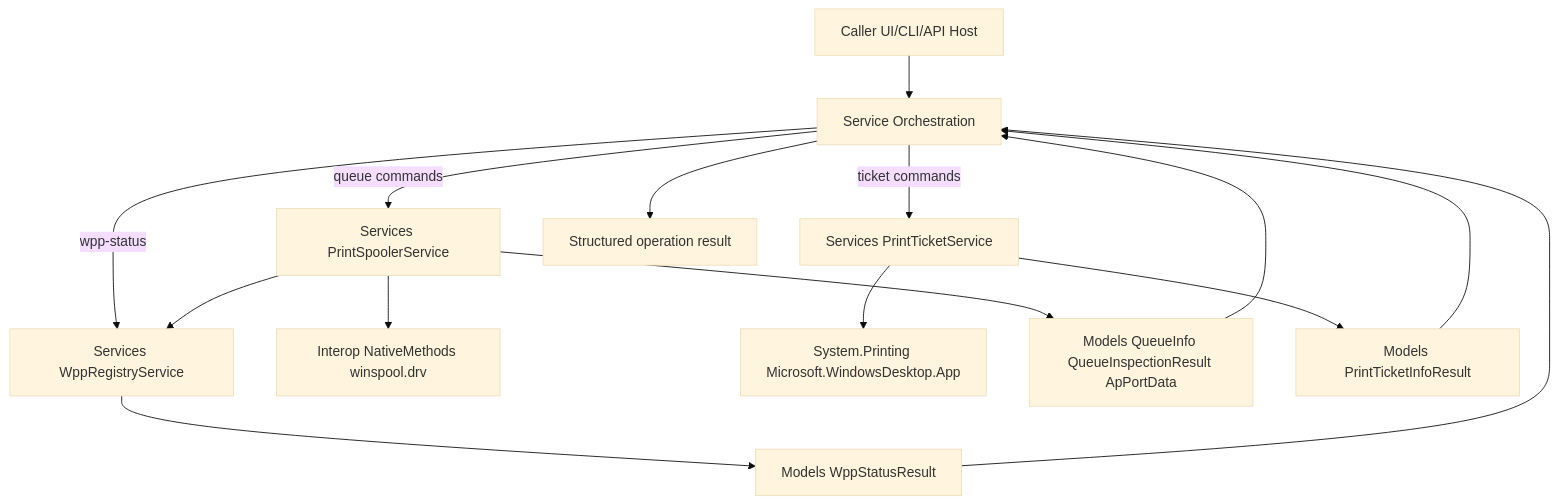
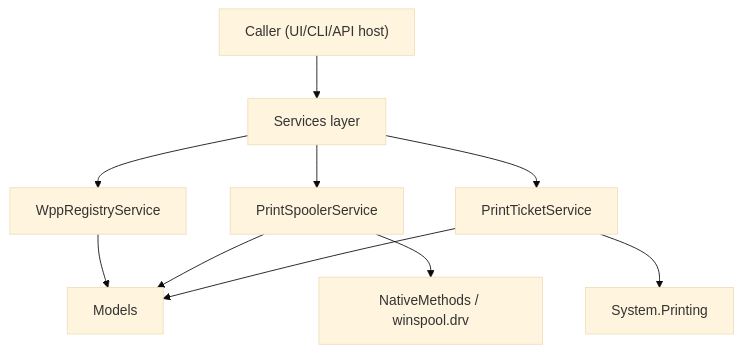
The diagram in docs/guides/03-architecture-styles.md (tiagobuchanellindd/WppQueuePoc), drawn with Mermaid (base theme) before and after one commit. The commit also changed other lines of this file, not shown here.

````diff
--- a/docs/guides/03-architecture-styles.md
+++ b/docs/guides/03-architecture-styles.md
@@ -33,21 +21,12 @@
 ```mermaid
 flowchart TD
-    C["Caller UI/CLI/API Host"] --> A["Service Orchestration"]
-
-    A -->|"wpp-status"| R["Services WppRegistryService"]
-    A -->|"queue commands"| S["Services PrintSpoolerService"]
-    A -->|"ticket commands"| T["Services PrintTicketService"]
-
-    S --> N["Interop NativeMethods winspool.drv"]
-    S --> R
-    T --> SP["System.Printing Microsoft.WindowsDesktop.App"]
-
-    R --> M1["Models WppStatusResult"]
-    S --> M2["Models QueueInfo QueueInspectionResult ApPortData"]
-    T --> M3["Models PrintTicketInfoResult"]
-
-    M1 --> A
-    M2 --> A
-    M3 --> A
-    A --> O["Structured operation result"]
+    C["Caller (UI/CLI/API host)"] --> S["Services layer"]
+    S --> R["WppRegistryService"]
+    S --> P["PrintSpoolerService"]
+    S --> T["PrintTicketService"]
+    P --> N["NativeMethods / winspool.drv"]
+    T --> W["System.Printing"]
+    R --> M["Models"]
+    P --> M
+    T --> M
 ```
````
